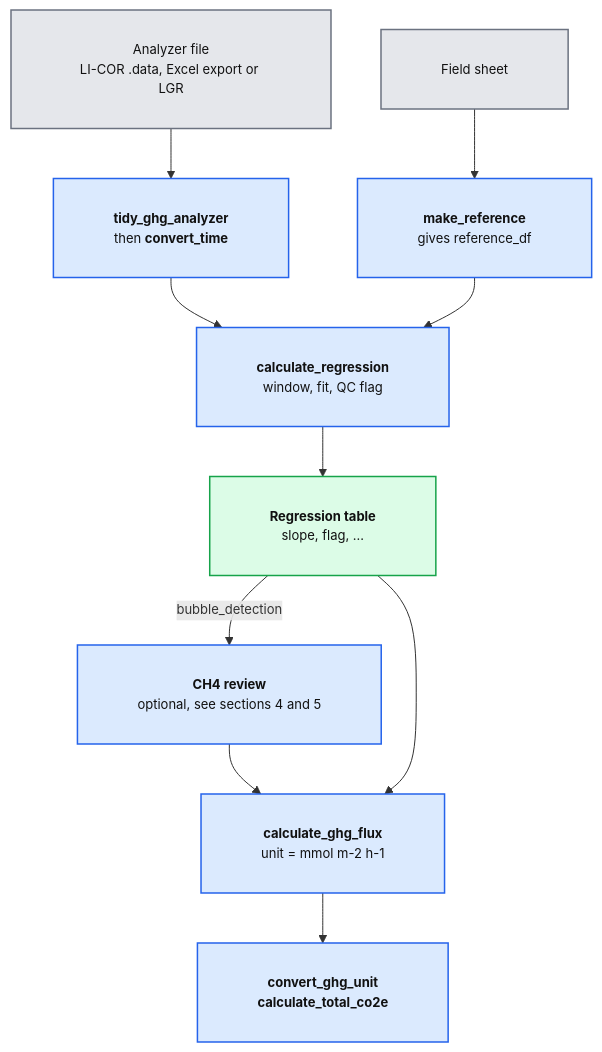
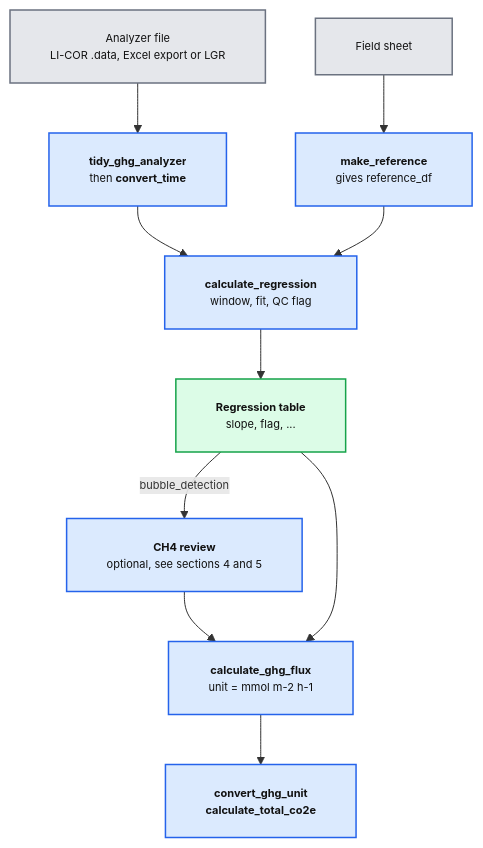
One commit to Zhao-Jun-Yong/aelab changed the first of 6 diagrams in README.md. Above: the diagram before and after it, drawn with Mermaid. The commit also changed other lines of this file, not shown here.

Commit message:
docs(readme): mermaid font 11px, wider label wrapping

````diff
--- a/README.md
+++ b/README.md
@@ -65,26 +65,26 @@
 ```mermaid
-%%{init: {"themeVariables": {"fontSize": "13px"}, "flowchart": {"padding": 30}}}%%
+%%{init: {"themeVariables": {"fontSize": "11px"}, "flowchart": {"padding": 20, "wrappingWidth": 500}}}%%
 flowchart TD
   a1["Analyzer file<br>LI-COR .data, Excel export or LGR"]
   a2["<b>tidy_ghg_analyzer</b><br>then <b>convert_time</b>"]
   f1["Field sheet"]
   f2["<b>make_reference</b><br>gives reference_df"]
   r1["<b>calculate_regression</b><br>window, fit, QC flag"]
   t1["<b>Regression table</b><br>slope, flag, ..."]
   rv["<b>CH4 review</b><br>optional, see sections 4 and 5"]
   fx["<b>calculate_ghg_flux</b><br>unit = mmol m-2 h-1"]
   cv["<b>convert_ghg_unit</b><br><b>calculate_total_co2e</b>"]
   a1 --> a2 --> r1
   f1 --> f2 --> r1
   r1 --> t1
   t1 -->|"bubble_detection"| rv --> fx
   t1 --> fx
   fx --> cv
   class a1,f1 input
   class a2,f2,r1,rv,fx,cv func
   class t1 tbl
 
 classDef input fill:#e5e7eb,stroke:#6b7280,color:#111,stroke-width:1.5px
 classDef func fill:#dbeafe,stroke:#2563eb,color:#111,stroke-width:1.5px
 classDef tbl fill:#dcfce7,stroke:#16a34a,color:#111,stroke-width:1.5px
 ```
````
